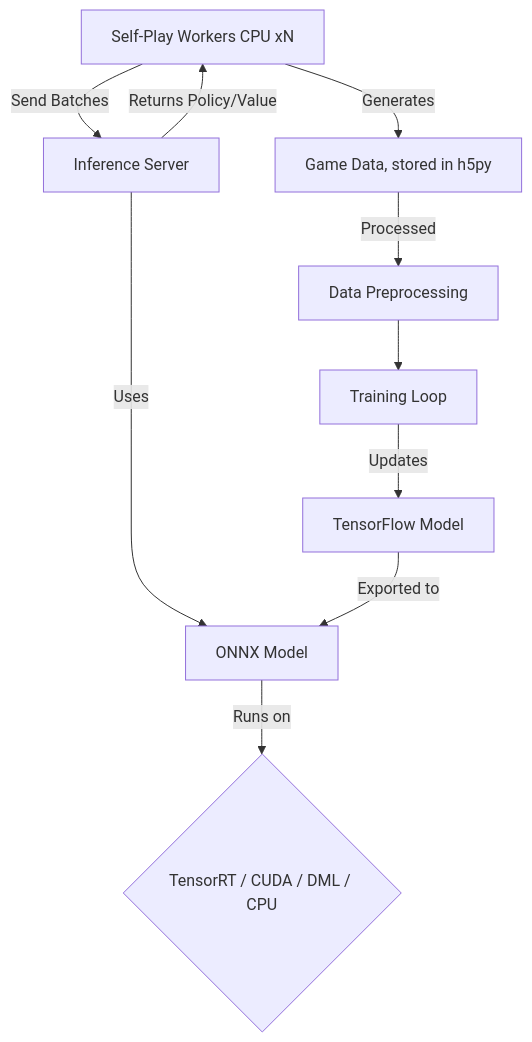
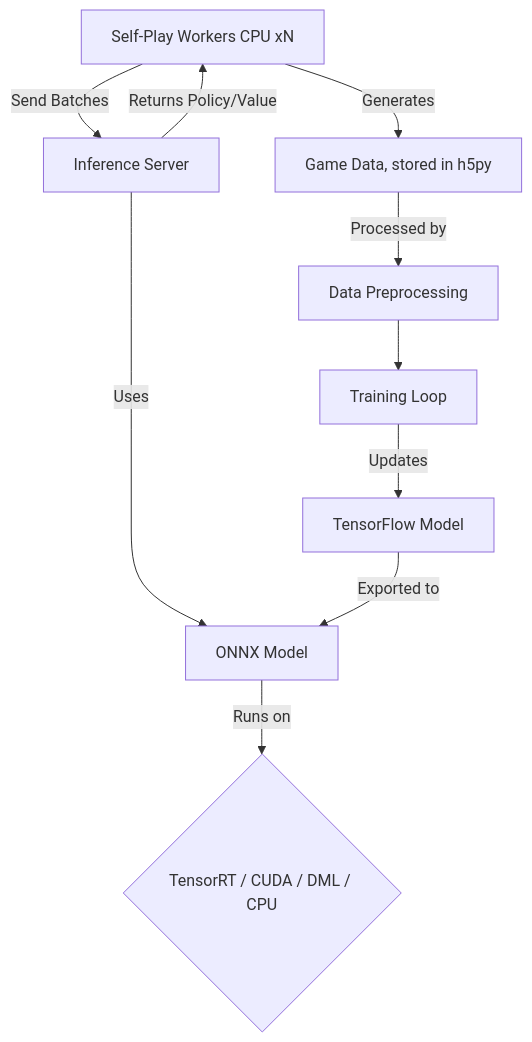
One commit to subtotechnoblade/Grok_Alpha_Zero changed the diagram in README.md. Above: the diagram before and after it, drawn with Mermaid.

Commit message:
Typo fix

````diff
--- a/README.md
+++ b/README.md
@@ -73,12 +73,12 @@
 ```mermaid
 graph TD
     A[Self-Play Workers CPU xN] -->|Send Batches| B[Inference Server];
     B -->|Uses| C[ONNX Model];
     C -->|Runs on| D{TensorRT / CUDA / DML / CPU};
     B -->|Returns Policy/Value| A;
     A -->|Generates| E[Game Data, stored in h5py];
-    E -->|Processed| F[Data Preprocessing]; 
+    E -->|Processed by| F[Data Preprocessing]; 
     F --> G[Training Loop];
     G -->|Updates| H[TensorFlow Model];
     H -->|Exported to| C;
 ```
````
